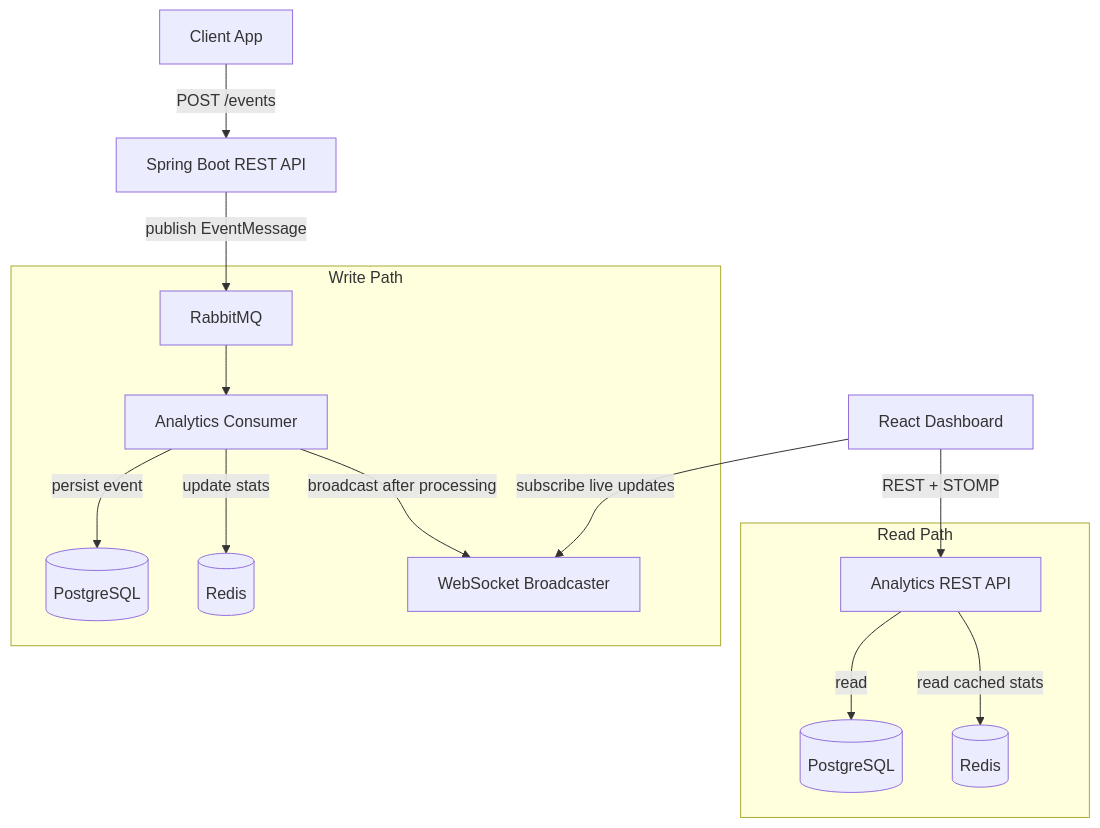
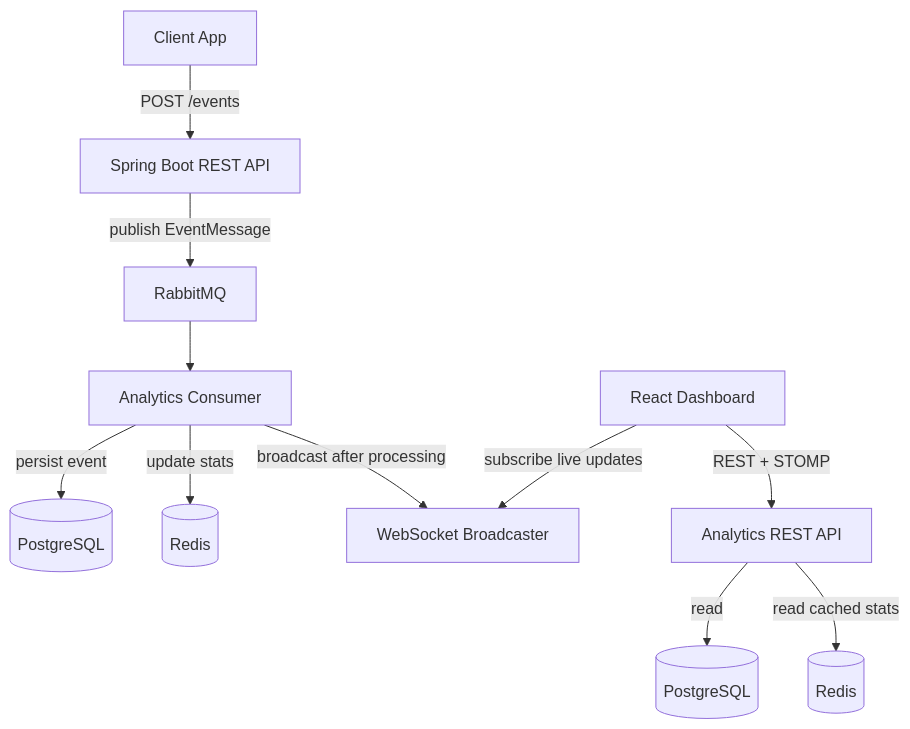
Before and after one commit to Abdul-Rafy2005/pulseflow: the diagram in README.md, drawn with Mermaid.

````diff
--- a/README.md
+++ b/README.md
@@ -10,32 +10,28 @@
 ```mermaid
 flowchart TB
     ClientApp[Client App]
     API[Spring Boot REST API]
     RMQ[RabbitMQ]
     Dashboard[React Dashboard]
 
     ClientApp -->|POST /events| API
     API -->|publish EventMessage| RMQ
-
-    subgraph Write Path
+    
         Consumer[Analytics Consumer]
         PG[(PostgreSQL)]
         Redis1[(Redis)]
         WS[WebSocket Broadcaster]
         RMQ --> Consumer
         Consumer -->|persist event| PG
         Consumer -->|update stats| Redis1
         Consumer -->|broadcast after processing| WS
-    end
 
-    subgraph Read Path
         AnalyticsAPI[Analytics REST API]
         PG2[(PostgreSQL)]
         Redis2[(Redis)]
         AnalyticsAPI -->|read| PG2
         AnalyticsAPI -->|read cached stats| Redis2
-    end
 
     Dashboard -->|REST + STOMP| AnalyticsAPI
     Dashboard -->|subscribe live updates| WS
 ```
````
